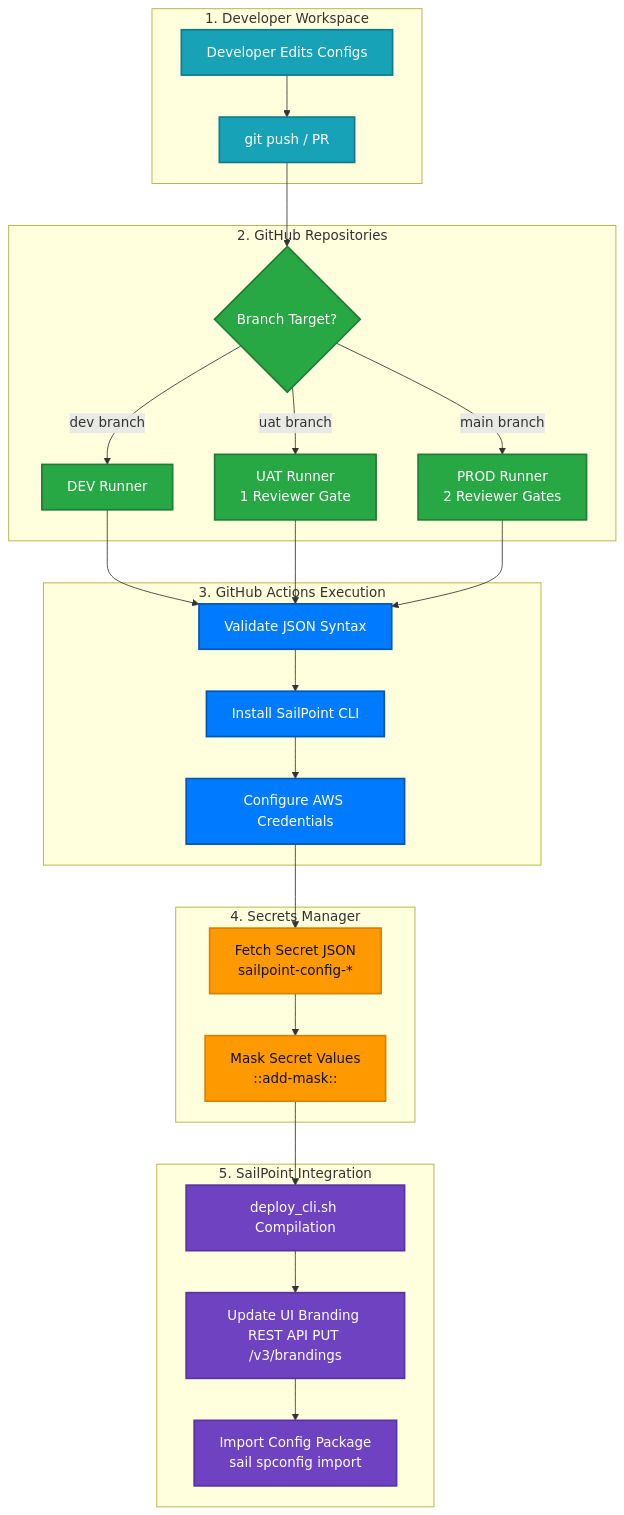
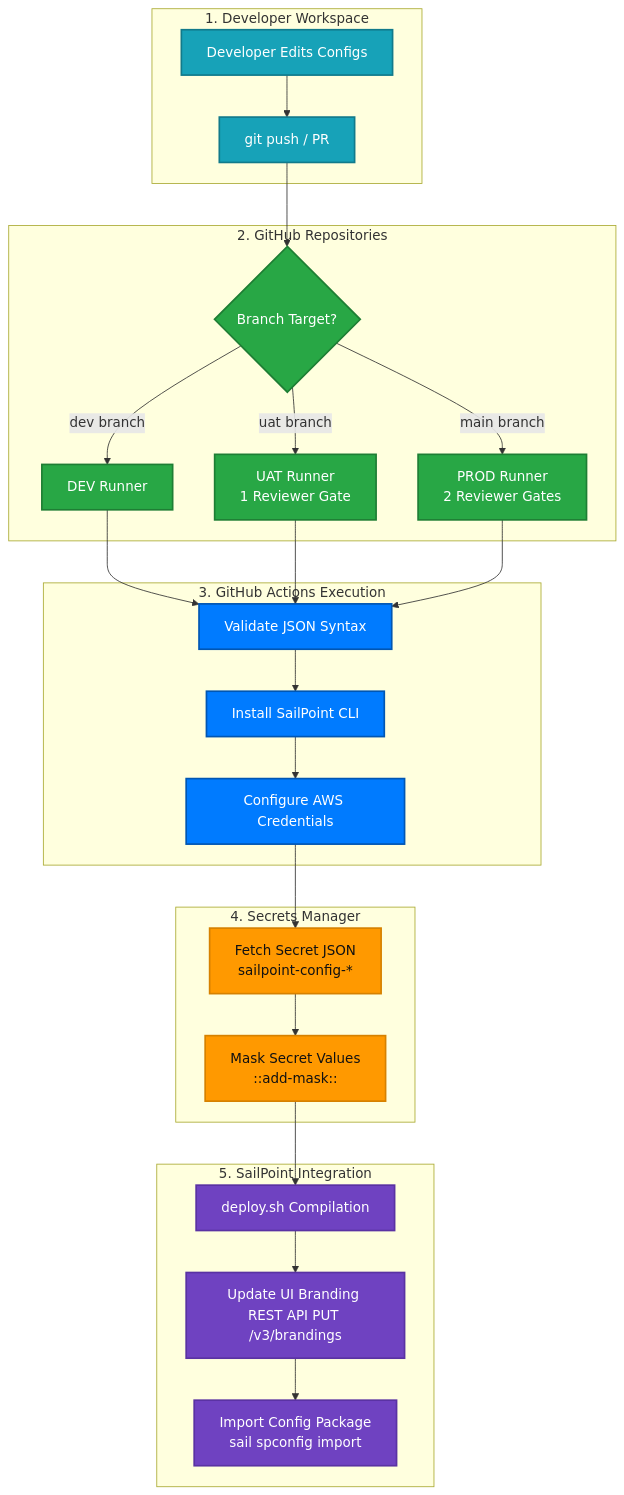
The diagram in README.md (Yash-Thales/WCQ_SailPoint_ISC_CI-CD_SailPoint_CLI_AWS), drawn with Mermaid before and after one commit. The commit also changed other lines of this file and 1 other file, not shown here.

Commit message:
docs: Update README.md flowchart and sync updated Architecture docx

````diff
--- a/README.md
+++ b/README.md
@@ -48,36 +48,36 @@
 ```mermaid
 graph TD
     classDef dev fill:#17a2b8,stroke:#117a8b,stroke-width:2px,color:#fff;
     classDef git fill:#28a745,stroke:#1e7e34,stroke-width:2px,color:#fff;
     classDef pipeline fill:#007bff,stroke:#0056b3,stroke-width:2px,color:#fff;
     classDef aws fill:#ff9900,stroke:#d68100,stroke-width:2px,color:#111;
     classDef sp fill:#6f42c1,stroke:#5a32a3,stroke-width:2px,color:#fff;
 
     subgraph Workspace ["1. Developer Workspace"]
         A[Developer Edits Configs]:::dev --> B[git push / PR]:::dev
     end
 
     subgraph GitHub ["2. GitHub Repositories"]
         B --> C{Branch Target?}:::git
         C -- dev branch --> D[DEV Runner]:::git
         C -- uat branch --> E[UAT Runner <br>1 Reviewer Gate]:::git
         C -- main branch --> F[PROD Runner <br>2 Reviewer Gates]:::git
     end
 
     subgraph Runner ["3. GitHub Actions Execution"]
         D & E & F --> G[Validate JSON Syntax]:::pipeline
         G --> H[Install SailPoint CLI]:::pipeline
         H --> I[Configure AWS Credentials]:::pipeline
     end
 
     subgraph SecretVault ["4. Secrets Manager"]
         I --> J[Fetch Secret JSON <br>sailpoint-config-*]:::aws
         J --> K[Mask Secret Values <br>::add-mask::]:::aws
     end
 
     subgraph Deploy ["5. SailPoint Integration"]
-        K --> L[deploy_cli.sh Compilation]:::sp
+        K --> L[deploy.sh Compilation]:::sp
         L --> M[Update UI Branding <br>REST API PUT /v3/brandings]:::sp
         M --> N[Import Config Package <br>sail spconfig import]:::sp
     end
 ```
````
